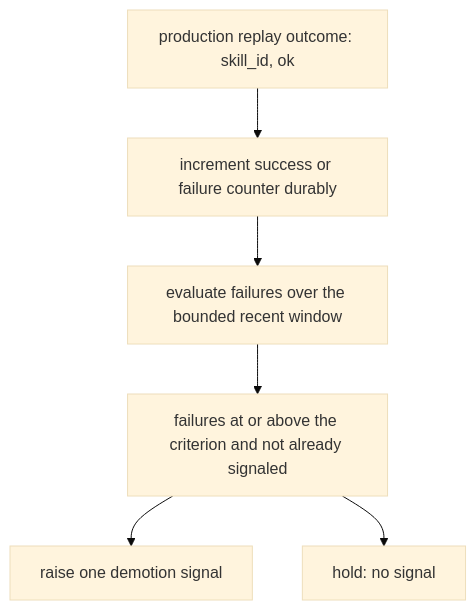
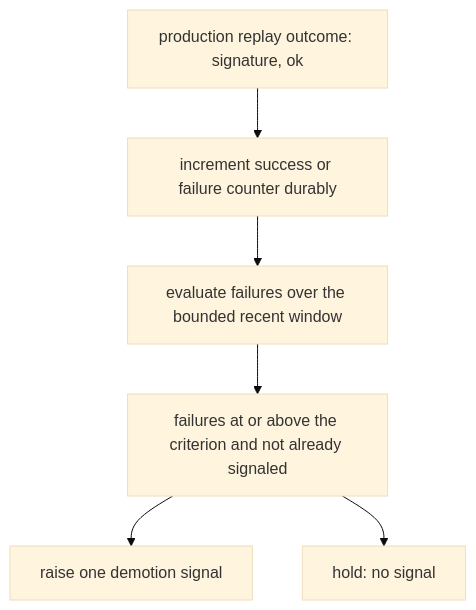
Before and after one commit to febufenn-cyber/drawing-office-v2: the seventh of 7 diagrams in designs/skill-compiler-and-library/LLD.md, drawn with Mermaid (base theme). The commit also changed other lines of this file and 6 other files, not shown here.

````diff
--- a/designs/skill-compiler-and-library/LLD.md
+++ b/designs/skill-compiler-and-library/LLD.md
@@ -272,8 +276,8 @@
 ```mermaid
 flowchart TB
-    IN["production replay outcome: skill_id, ok"] --> UPD["increment success or failure counter durably"]
+    IN["production replay outcome: signature, ok"] --> UPD["increment success or failure counter durably"]
     UPD --> WIN["evaluate failures over the bounded recent window"]
     WIN --> TEST["failures at or above the criterion and not already signaled"]
     TEST --> SIG["raise one demotion signal"]
     TEST --> HOLD["hold: no signal"]
 ```
````
